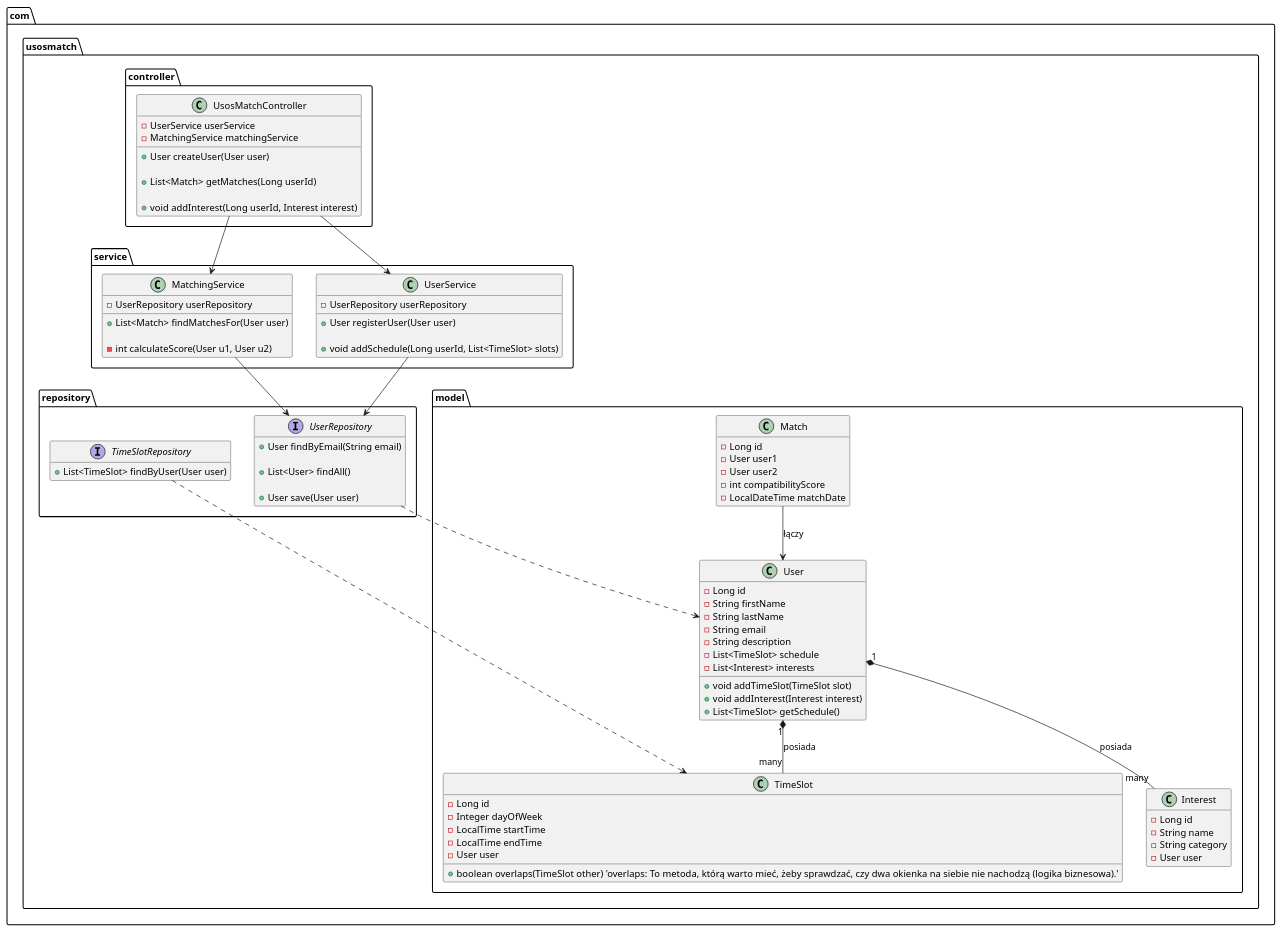
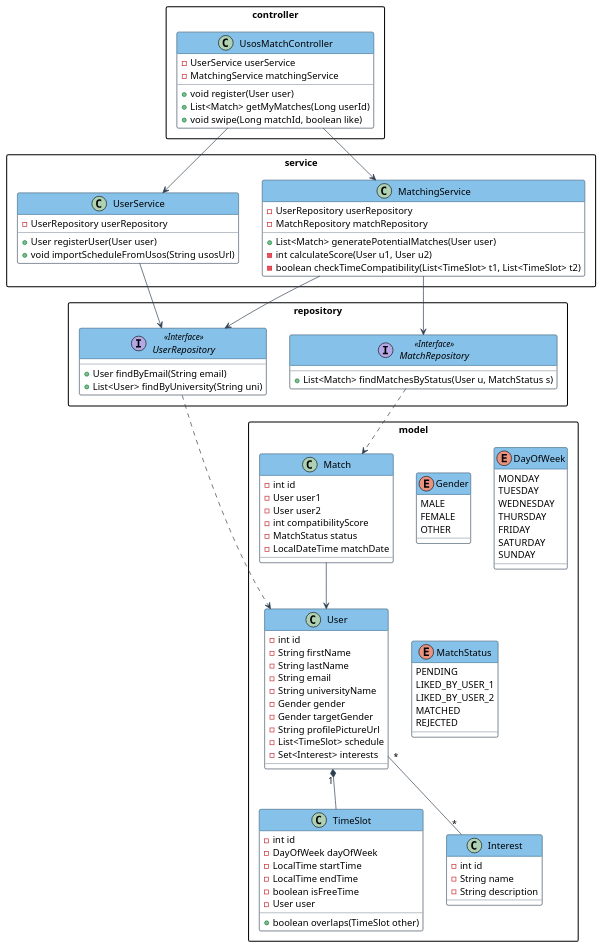
The diagram in Dokumentacja/diagram_klas.puml (ceslinka/UsosMatch), drawn with PlantUML before and after one commit.

Commit message:
Update diagram_klas.puml
Pare zmian estetycznych oraz opisowych

```diff
--- a/Dokumentacja/diagram_klas.puml
+++ b/Dokumentacja/diagram_klas.puml
@@ -1,119 +1,149 @@
 @startuml
 
-' Start: To polecenie mówi: "Tutaj zaczyna się rysunek". Bez tego nic się nie wygeneruje.'
-package "com.usosmatch.model" {
+skinparam shadowing false
+skinparam packageStyle rectangle
+skinparam class {
+    BackgroundColor White
+    ArrowColor #2C3E50
+    BorderColor #2C3E50
+    HeaderBackgroundColor #85C1E9
+}
 
-'Rysujemy prostokąt oznaczający paczkę (folder) w Javie. Wszystko, co jest w klamrach {}, znajdzie się wewnątrz tego "pudełka".'
+'Korzystamy z modelu model-view-controller aby stworzyc pierwotny plan specyfikacji naszego projektu
+
+package "model" {
+    
+    'Użyjemy enumów aby nie doprowadzić do niejednoznaczności wpisów 
+    enum Gender {
+        MALE
+        FEMALE
+        OTHER
+    }
+
+    enum DayOfWeek {
+        MONDAY
+        TUESDAY
+        WEDNESDAY
+        THURSDAY
+        FRIDAY
+        SATURDAY
+        SUNDAY
+    }
+
+    'Tak zwane bio naszego uzytkowanika, zawierajace najwazniejsze informacje
     class User {
-        - Long id
+        - int id
         - String firstName
         - String lastName
         - String email
-        - String description
+        - String universityName
+        - Gender gender
+        - Gender targetGender
+        - String profilePictureUrl
         - List<TimeSlot> schedule
-        - List<Interest> interests
-        + void addTimeSlot(TimeSlot slot)
-        + void addInterest(Interest interest)
-        + List<TimeSlot> getSchedule()
+        - Set<Interest> interests
+        
     }
 
-'Klasa TimeSlot: Reprezentuje pojedyncze okienko w planie.'
+    'Klasa ma na celu zbieranie informacji na temat możliwych okienek studentów 
     class TimeSlot {
-        - Long id
-        - Integer dayOfWeek
+        - int id
+        - DayOfWeek dayOfWeek
         - LocalTime startTime
         - LocalTime endTime
+        - boolean isFreeTime
         - User user
-        + boolean overlaps(TimeSlot other) 'overlaps: To metoda, którą warto mieć, żeby sprawdzać, czy dwa okienka na siebie nie nachodzą (logika biznesowa).'
+        + boolean overlaps(TimeSlot other)
+    }
+    
+    'Wspólne zainteresowania, hobby
+    class Interest {
+        - int id
+        - String name
+        - String description
     }
 
-'Klasa Interest (Nowość): Klasa reprezentująca zainteresowania (np. "Szachy").'
-    class Interest {
-        - Long id
-        - String name
-        - String category
-        - User user
+    enum MatchStatus {
+        PENDING
+        LIKED_BY_USER_1
+        LIKED_BY_USER_2
+        MATCHED
+        REJECTED
     }
-
-'Klasa Match (Nowość): To tabela wyników.; Łączy dwóch userów (user1, user2); Przechowuje wynik (compatibilityScore np. 85%)'
+    
+    'Klasa ma pozwolic przechowywanie matchy miedzy uzytkownikami 
     class Match {
-        - Long id
+        - int id
         - User user1
         - User user2
         - int compatibilityScore
+        - MatchStatus status
         - LocalDateTime matchDate
     }
 }
 
-'Paczka REPOSITORY Dostęp do danych (To są "rozkazy", jakie możemy wydać bazie danych.))'
-package "com.usosmatch.repository" {
-    interface UserRepository {
+'Wstepnie ten pakiet ma miec kontakt z baza danych aby moc wyszukiwac pewne informacje
+package "repository" {
+    
+    interface UserRepository <<Interface>> {
         + User findByEmail(String email)
-        'Szukamy użytkownika po emailu'
-
-        + List<User> findAll()
-        'findAll: "Daj mi listę wszystkich ludzi'
-
-        + User save(User user)
-        'Zapisz tego użytkownika w bazie'
-
+        + List<User> findByUniversity(String uni)
     }
 
-    interface TimeSlotRepository {
-        + List<TimeSlot> findByUser(User user)
+    interface MatchRepository <<Interface>> {
+        + List<Match> findMatchesByStatus(User u, MatchStatus s)
     }
 }
 
-
-package "com.usosmatch.service" {
+'Klasy obslugujace cale dzialanie parowania 
+package "service" {
+    'Obsluga dzialania naszego matchowania     
     class MatchingService {
+       'Algorytmy sa w trakcie planowania to wstepny model 
         - UserRepository userRepository
-        'Serwis ma w sobie "wstrzyknięte" repozytorium, żeby móc prosić o dane.'
-
-        + List<Match> findMatchesFor(User user)
-        'Szukamy par'
-
+        - MatchRepository matchRepository
+        + List<Match> generatePotentialMatches(User user)
         - int calculateScore(User u1, User u2)
-        'Liczymy zgodnosc'
+        - boolean checkTimeCompatibility(List<TimeSlot> t1, List<TimeSlot> t2)
     }
-
+    'Obsluga rejestracji 
     class UserService {
         - UserRepository userRepository
         + User registerUser(User user)
-        'Rejestracja uzytkownika'
-
-        + void addSchedule(Long userId, List<TimeSlot> slots)
-        'Dodajemy plan zajęc'
+        'Plan na pobieranie automatycznie planu/ewentualnie zostanie zmienione na manualne 
+        + void importScheduleFromUsos(String usosUrl)
     }
 }
 
-package "com.usosmatch.controller" {
+'Mozliwosc kontroli i korzystania z aplikacji przez uzytkownika
+package "controller" {
+    
     class UsosMatchController {
         - UserService userService
         - MatchingService matchingService
-        + User createUser(User user)
-        'Ktoś z internetu wysyła prośbę "Chcę założyć konto". Kontroler to odbiera i woła userService.registerUser()'
-
-        + List<Match> getMatches(Long userId)
-        'Ktoś klika w apce "Znajdź mi parę". Kontroler odbiera kliknięcie i woła matchingService.findMatchesFor()'
-
-        + void addInterest(Long userId, Interest interest)
+        + void register(User user)
+        + List<Match> getMyMatches(Long userId)
+        + void swipe(Long matchId, boolean like)
     }
 }
 
-' Relacje
-com.usosmatch.model.User "1" *-- "many" com.usosmatch.model.TimeSlot : posiada
-com.usosmatch.model.User "1" *-- "many" com.usosmatch.model.Interest : posiada
-com.usosmatch.model.Match --> com.usosmatch.model.User : łączy
+User "1" *-- TimeSlot 
+'Kompozycja. Oznacza to ścisłą zależność. Plan zajęć nie może istnieć bez Studenta.
+User "*" -- "*" Interest 
+'Relacja wiele-do-wielu. Jeden student ma wiele zainteresowań
+Match --> User 
+'Asocjacja obiekt dopasowanie wskazuje na dwóch konkretnych użytkowników
 
-com.usosmatch.repository.UserRepository ..> com.usosmatch.model.User
-com.usosmatch.repository.TimeSlotRepository ..> com.usosmatch.model.TimeSlot
 
-com.usosmatch.service.UserService --> com.usosmatch.repository.UserRepository
-com.usosmatch.service.MatchingService --> com.usosmatch.repository.UserRepository
+'Klasyczne polaczenia tylko we dwoch stylach 
+UserRepository ..> User
+MatchRepository ..> Match
 
-com.usosmatch.controller.UsosMatchController --> com.usosmatch.service.UserService
-com.usosmatch.controller.UsosMatchController --> com.usosmatch.service.MatchingService
+UserService --> UserRepository
+MatchingService --> UserRepository
+MatchingService --> MatchRepository
 
-hide empty members
+UsosMatchController --> UserService
+UsosMatchController --> MatchingService
+
 @enduml
```
